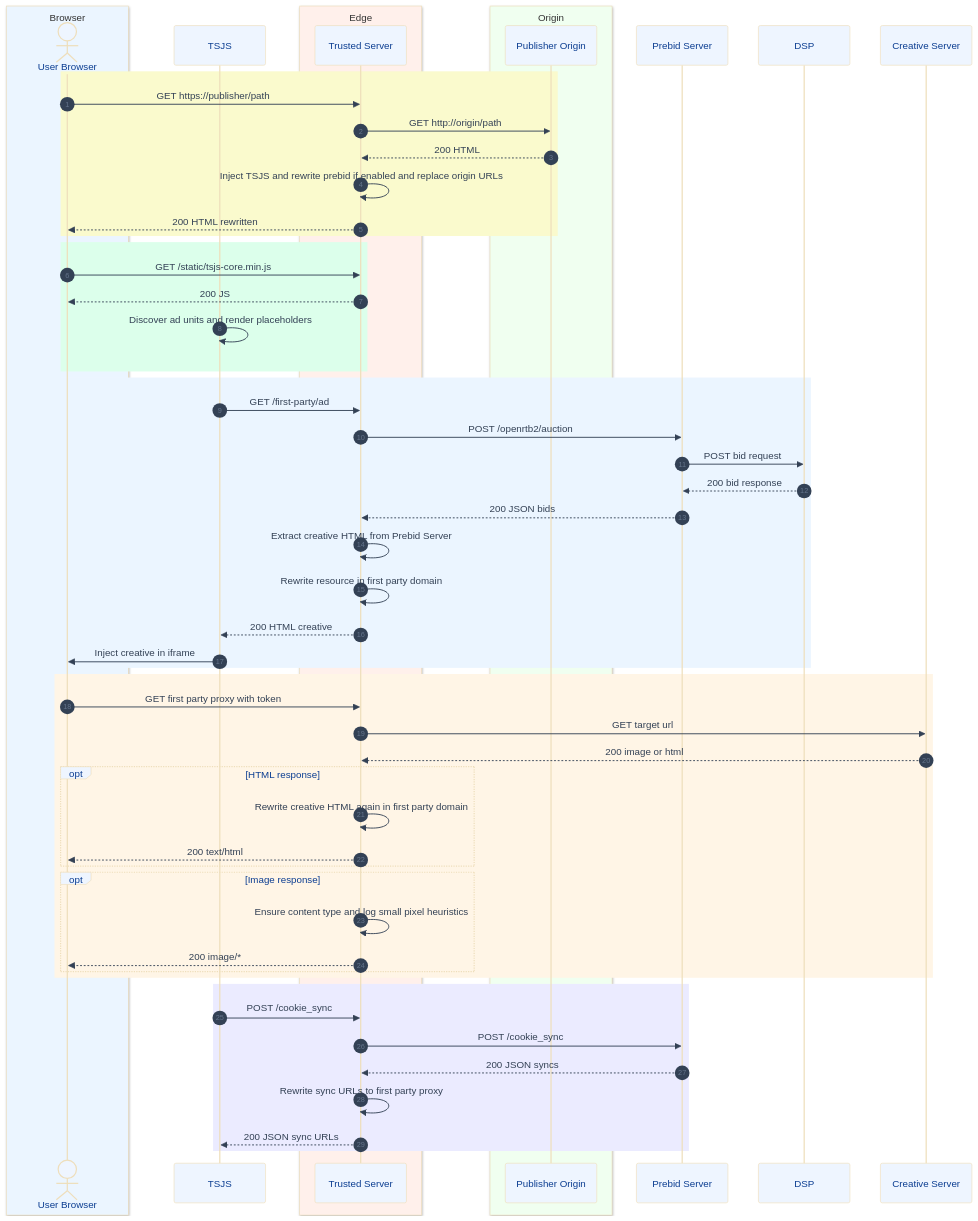
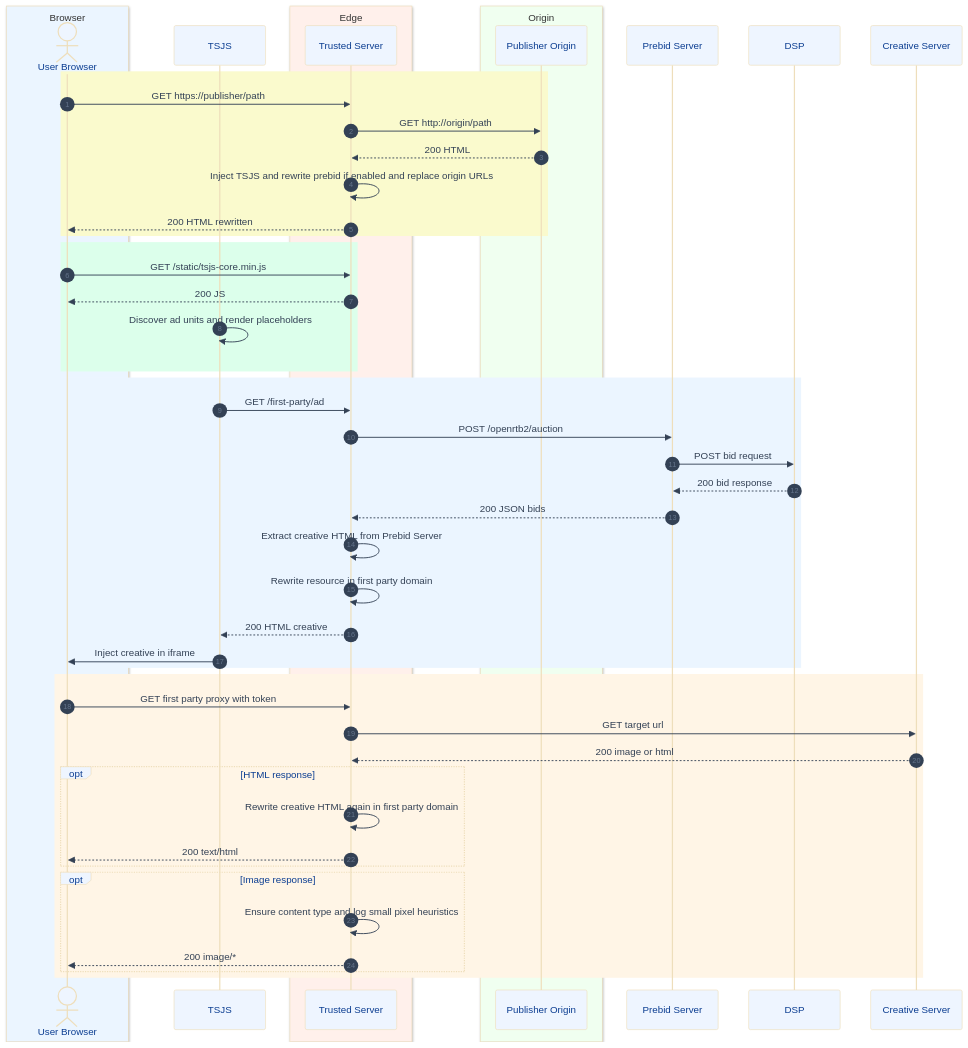
Before and after one commit to IABTechLab/trusted-server: the diagram in SEQUENCE.md, drawn with Mermaid.

Commit message:
Removed cookie sync

````diff
--- a/SEQUENCE.md
+++ b/SEQUENCE.md
@@ -7,82 +7,73 @@
 ```mermaid
 %%{init: {
   "theme": "base",
   "themeVariables": {
     "actorBkg": "#eef5ff",
     "actorBorderColor": "#3b82f6",
     "actorTextColor": "#0b3d91",
     "signalColor": "#334155",
     "signalTextColor": "#334155",
     "sequenceNumberColor": "#64748b"
   }
 }}%%
 sequenceDiagram
   autonumber
 
   box rgb(235,245,255) Browser
     actor U as User Browser
   end
   participant JS as TSJS
   box rgb(255,240,235) Edge
     participant TS as Trusted Server
   end
   box rgb(240,255,240) Origin
     participant OR as Publisher Origin
   end
   participant PBS as Prebid Server
   participant DSP as DSP
   participant CS as Creative Server
 
   %% Publisher page load
   rect rgb(250,250,205)
     U->>TS: GET https://publisher/path
     TS->>OR: GET http://origin/path
     OR-->>TS: 200 HTML
     TS->>TS: Inject TSJS and rewrite prebid if enabled and replace origin URLs
     TS-->>U: 200 HTML rewritten
   end
 
   %% TSJS bootstrap
   rect rgb(220,255,235)
     U->>TS: GET /static/tsjs-core.min.js
     TS-->>U: 200 JS
     JS->>JS: Discover ad units and render placeholders
   end
 
   %% Ad request
   rect rgb(235,245,255)
     JS->>TS: GET /first-party/ad
     TS->>PBS: POST /openrtb2/auction
     PBS->>DSP: POST bid request
     DSP-->>PBS: 200 bid response
     PBS-->>TS: 200 JSON bids
     TS->>TS: Extract creative HTML from Prebid Server
     TS->>TS: Rewrite resource in first party domain
     TS-->>JS: 200 HTML creative
     JS->>U: Inject creative in iframe
   end
 
   %% Creative subresources via first-party proxy
   rect rgb(255,245,230)
     U->>TS: GET first party proxy with token
     TS->>CS: GET target url
     CS-->>TS: 200 image or html
     opt HTML response
       TS->>TS: Rewrite creative HTML again in first party domain
       TS-->>U: 200 text/html
     end
     opt Image response
       TS->>TS: Ensure content type and log small pixel heuristics
       TS-->>U: 200 image/*
     end
   end
-
-  %% Cookie sync (do we need to show this?)
-  rect rgb(235,235,255)
-    JS->>TS: POST /cookie_sync
-    TS->>PBS: POST /cookie_sync
-    PBS-->>TS: 200 JSON syncs
-    TS->>TS: Rewrite sync URLs to first party proxy
-    TS-->>JS: 200 JSON sync URLs
-  end
 ```
````
